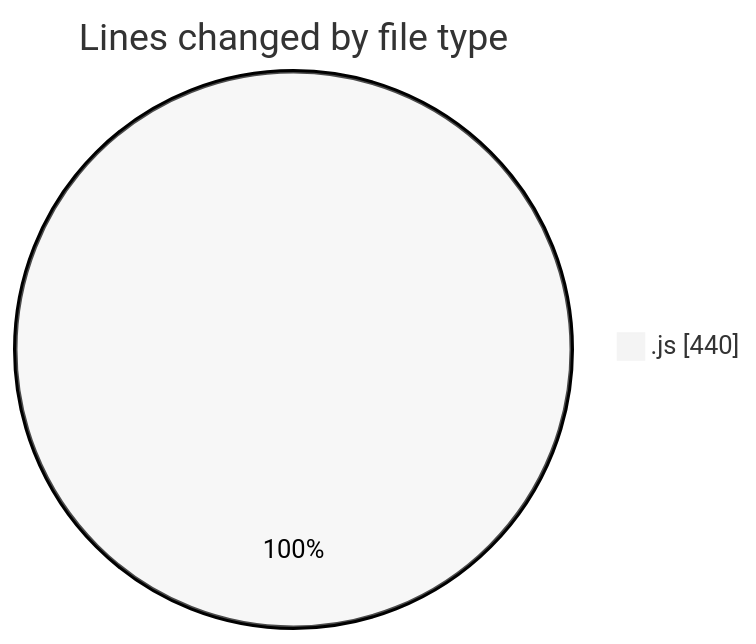
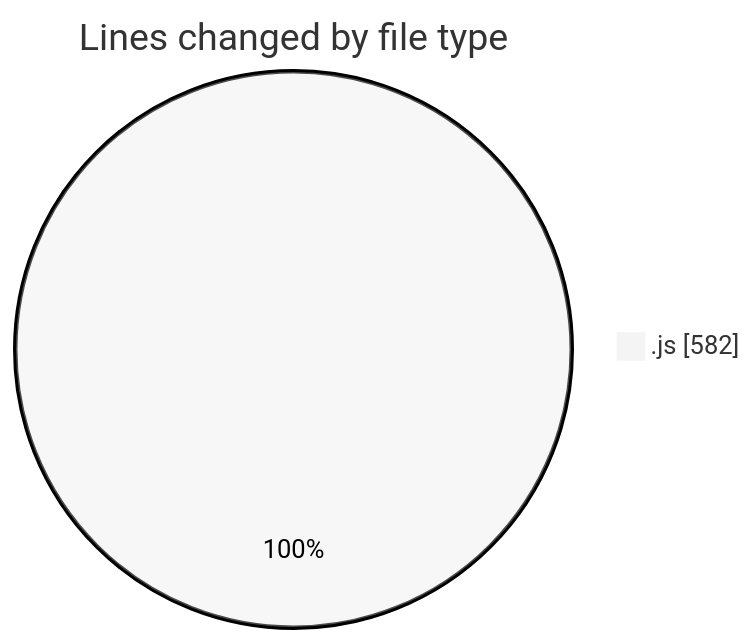
The first of 2 diagrams in 2025-02-04/cda/README.md (momahboobian/code-tracking), drawn with Mermaid (neutral theme) before and after one commit. The commit also changed other lines of this file and 1 other file, not shown here.

````diff
--- a/2025-02-04/cda/README.md
+++ b/2025-02-04/cda/README.md
@@ -20,5 +22,5 @@
 ```mermaid
 pie showData
 title Lines changed by file type
-".js" : 440
+".js" : 582
 ```
````
